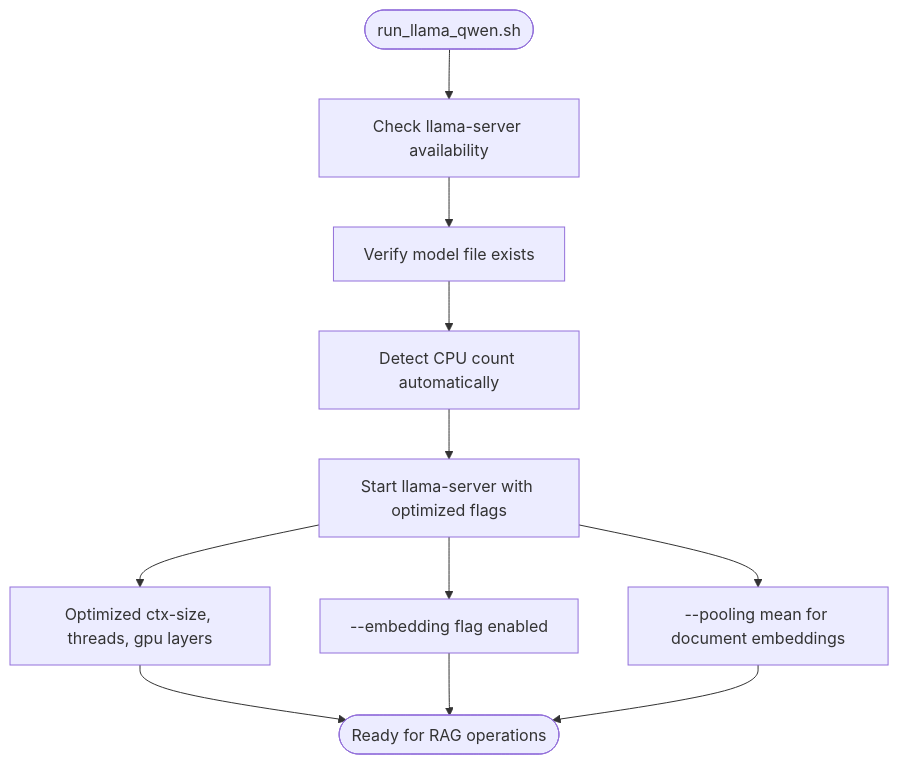
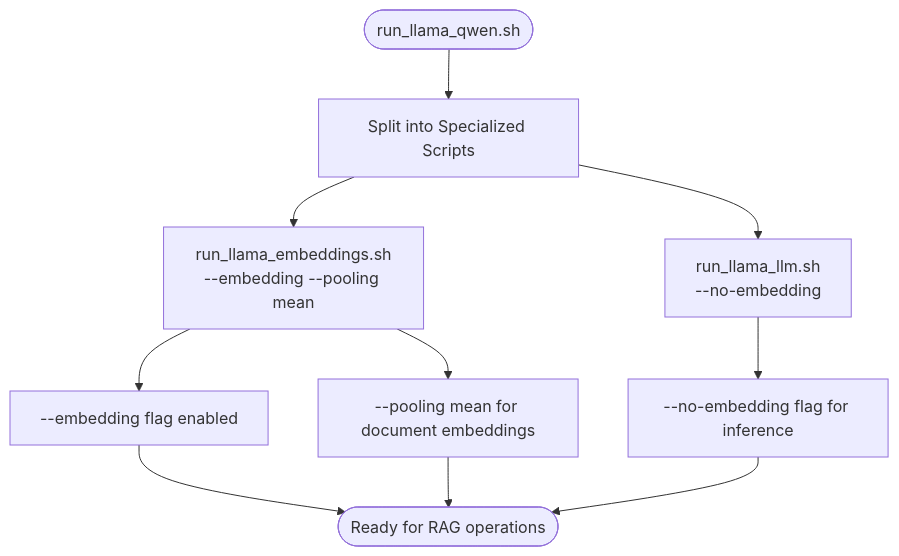
One commit to ognelis/cafetera_hr_bot changed the sixth of 11 diagrams in .qoder/repowiki/en/content/Deployment and Operations.md. Above: the diagram before and after it, drawn with Mermaid. The commit also changed other lines of this file and 4 other files, not shown here.

````diff
--- a/.qoder/repowiki/en/content/Deployment and Operations.md
+++ b/.qoder/repowiki/en/content/Deployment and Operations.md
@@ -268,13 +333,12 @@
 ```mermaid
 flowchart TD
-Start(["run_llama_qwen.sh"]) --> CheckServer["Check llama-server availability"]
-CheckServer --> CheckModel["Verify model file exists"]
-CheckModel --> DetectCPU["Detect CPU count automatically"]
-DetectCPU --> StartServer["Start llama-server with optimized flags"]
-StartServer --> EmbeddingFlag["--embedding flag enabled"]
-StartServer --> PoolingMean["--pooling mean for document embeddings"]
-StartServer --> OptimizeParams["Optimized ctx-size, threads, gpu layers"]
-OptimizeParams --> Ready(["Ready for RAG operations"])
-EmbeddingFlag --> Ready
+Start(["run_llama_qwen.sh"]) --> SplitScripts["Split into Specialized Scripts"]
+SplitScripts --> Embeddings["run_llama_embeddings.sh<br/>--embedding --pooling mean"]
+SplitScripts --> LLM["run_llama_llm.sh<br/>--no-embedding"]
+Embeddings --> EmbeddingFlag["--embedding flag enabled"]
+Embeddings --> PoolingMean["--pooling mean for document embeddings"]
+LLM --> NoEmbedding["--no-embedding flag for inference"]
+EmbeddingFlag --> Ready(["Ready for RAG operations"])
 PoolingMean --> Ready
+NoEmbedding --> Ready
 ```
````
